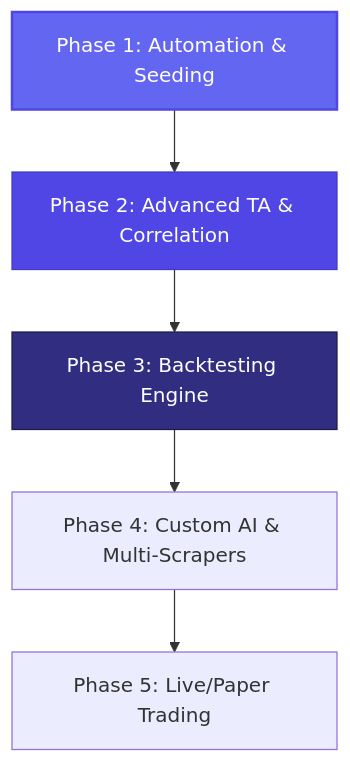
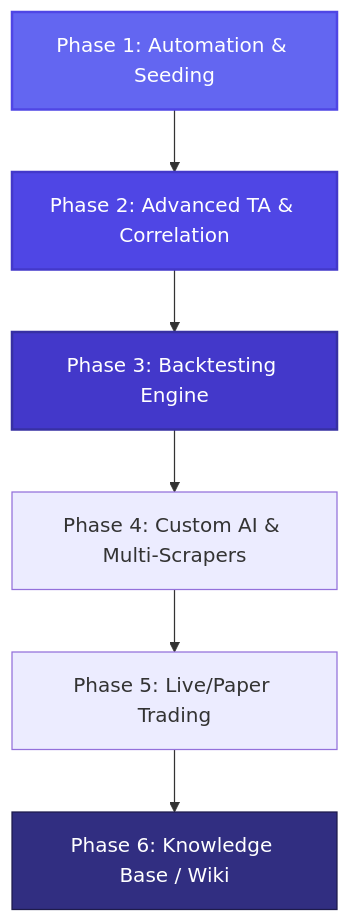
One commit to FabboCassa/FinanceBuddy changed the diagram in ROADMAP.md. Above: the diagram before and after it, drawn with Mermaid. The commit also changed other lines of this file and 7 other files, not shown here.

````diff
--- a/ROADMAP.md
+++ b/ROADMAP.md
@@ -7,11 +7,13 @@
 ```mermaid
 graph TD
     P1[Phase 1: Automation & Seeding] --> P2[Phase 2: Advanced TA & Correlation]
     P2 --> P3[Phase 3: Backtesting Engine]
     P3 --> P4[Phase 4: Custom AI & Multi-Scrapers]
     P4 --> P5[Phase 5: Live/Paper Trading]
+    P5 --> P6[Phase 6: Knowledge Base / Wiki]
 
     style P1 fill:#6366f1,stroke:#4f46e5,stroke-width:2px,color:#fff
-    style P2 fill:#4f46e5,stroke:#4338ca,stroke-width:1px,color:#fff
-    style P3 fill:#312e81,stroke:#1e1b4b,stroke-width:1px,color:#fff
+    style P2 fill:#4f46e5,stroke:#4338ca,stroke-width:2px,color:#fff
+    style P3 fill:#4338ca,stroke:#3730a3,stroke-width:2px,color:#fff
+    style P6 fill:#312e81,stroke:#1e1b4b,stroke-width:1px,color:#fff
 ```
````
